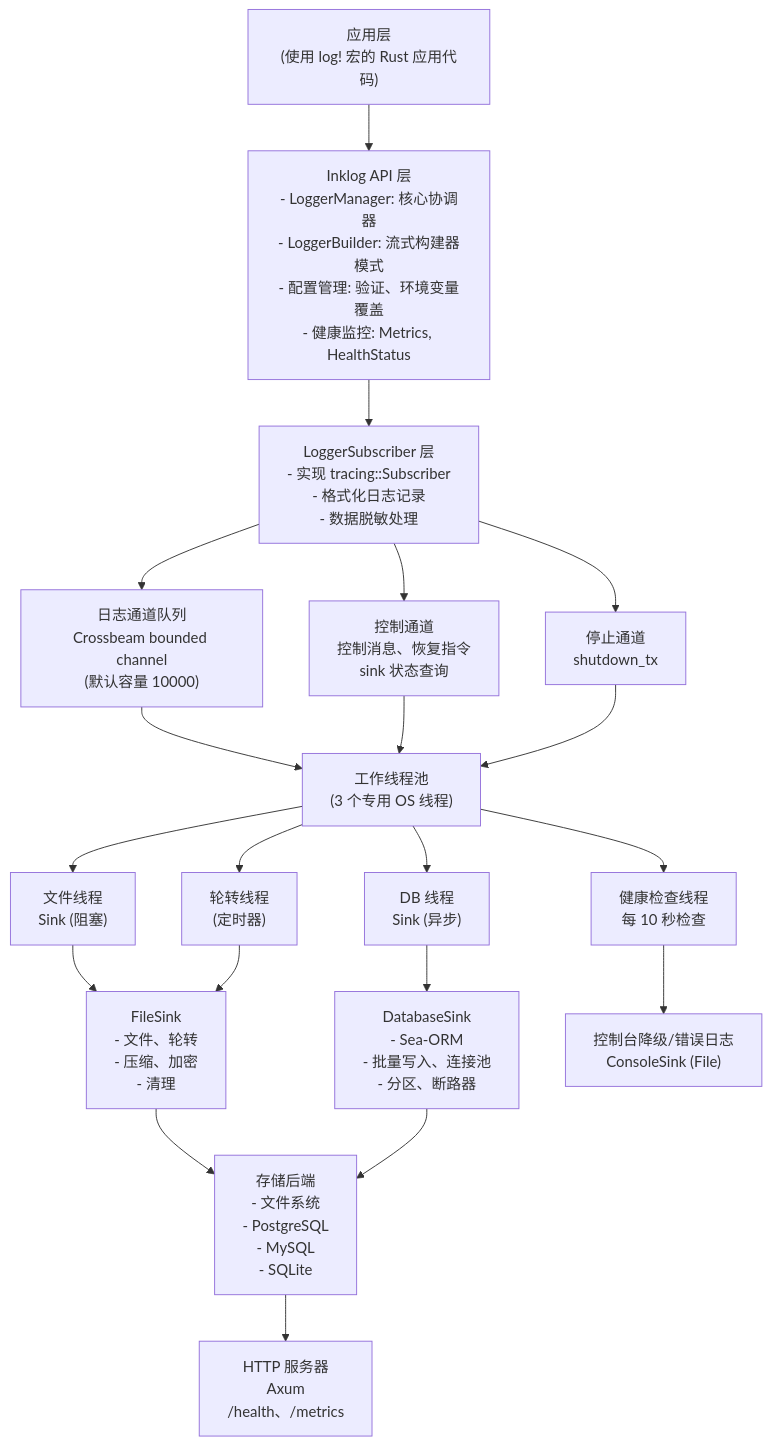
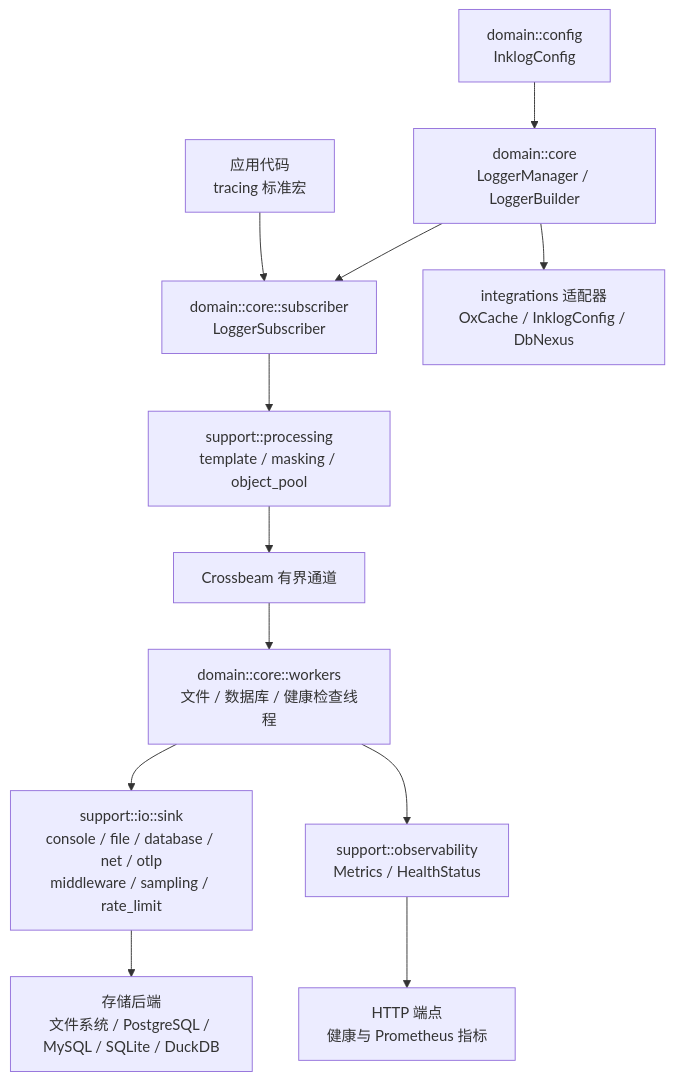
Before and after one commit to Kirky-X/inklog: the first of 4 diagrams in docs/ARCHITECTURE.md, drawn with Mermaid. The commit also changed other lines of this file and 7 other files, not shown here.

Commit message:
docs(inklog): docs 文档套件统一优化 — emoji 化 h2 与折叠目录、文档间交叉链接网络、架构/数据流 mermaid 图、结构化内容表格化、清除内部任务追踪引用；失真内容对照 src/ 源码修正，基准数字与安全承诺口径原样保留

````diff
--- a/docs/ARCHITECTURE.md
+++ b/docs/ARCHITECTURE.md
@@ -43,33 +43,14 @@
 ```mermaid
 flowchart TD
-    App["应用层<br/>(使用 log! 宏的 Rust 应用代码)"]
-    API["Inklog API 层<br/>- LoggerManager: 核心协调器<br/>- LoggerBuilder: 流式构建器模式<br/>- 配置管理: 验证、环境变量覆盖<br/>- 健康监控: Metrics, HealthStatus"]
-    Sub["LoggerSubscriber 层<br/>- 实现 tracing::Subscriber<br/>- 格式化日志记录<br/>- 数据脱敏处理"]
-    Chan1["日志通道队列<br/>Crossbeam bounded channel<br/>(默认容量 10000)"]
-    Chan2["控制通道<br/>控制消息、恢复指令<br/>sink 状态查询"]
-    Chan3["停止通道<br/>shutdown_tx"]
-    Pool["工作线程池<br/>(3 个专用 OS 线程)"]
-    W1["文件线程<br/>Sink (阻塞)"]
-    W2["DB 线程<br/>Sink (异步)"]
-    W3["健康检查线程<br/>每 10 秒检查"]
-    W4["轮转线程<br/>(定时器)"]
-    FS["FileSink<br/>- 文件、轮转<br/>- 压缩、加密<br/>- 清理"]
-    DS["DatabaseSink<br/>- Sea-ORM<br/>- 批量写入、连接池<br/>- 分区、断路器"]
-    CS["控制台降级/错误日志<br/>ConsoleSink (File)"]
-    Store["存储后端<br/>- 文件系统<br/>- PostgreSQL<br/>- MySQL<br/>- SQLite"]
-    HTTP["HTTP 服务器<br/>Axum<br/>/health、/metrics"]
-
-    App --> API --> Sub
-    Sub --> Chan1 & Chan2 & Chan3
-    Chan1 --> Pool
-    Chan2 --> Pool
-    Chan3 --> Pool
-    Pool --> W1 & W2 & W3 & W4
-    W1 --> FS
-    W2 --> DS
-    W3 --> CS
-    W4 --> FS
-    FS --> Store
-    DS --> Store
-    Store --> HTTP
+    APP["应用代码<br/>tracing 标准宏"] --> SUB["domain::core::subscriber<br/>LoggerSubscriber"]
+    CFG["domain::config<br/>InklogConfig"] --> MGR["domain::core<br/>LoggerManager / LoggerBuilder"]
+    MGR --> SUB
+    MGR --> INT["integrations 适配器<br/>OxCache / InklogConfig / DbNexus"]
+    SUB --> PROC["support::processing<br/>template / masking / object_pool"]
+    PROC --> CH["Crossbeam 有界通道"]
+    CH --> W["domain::core::workers<br/>文件 / 数据库 / 健康检查线程"]
+    W --> SINK["support::io::sink<br/>console / file / database / net / otlp<br/>middleware / sampling / rate_limit"]
+    SINK --> STORE["存储后端<br/>文件系统 / PostgreSQL / MySQL / SQLite / DuckDB"]
+    W --> OBS["support::observability<br/>Metrics / HealthStatus"]
+    OBS --> HTTP["HTTP 端点<br/>健康与 Prometheus 指标"]
 ```
````
